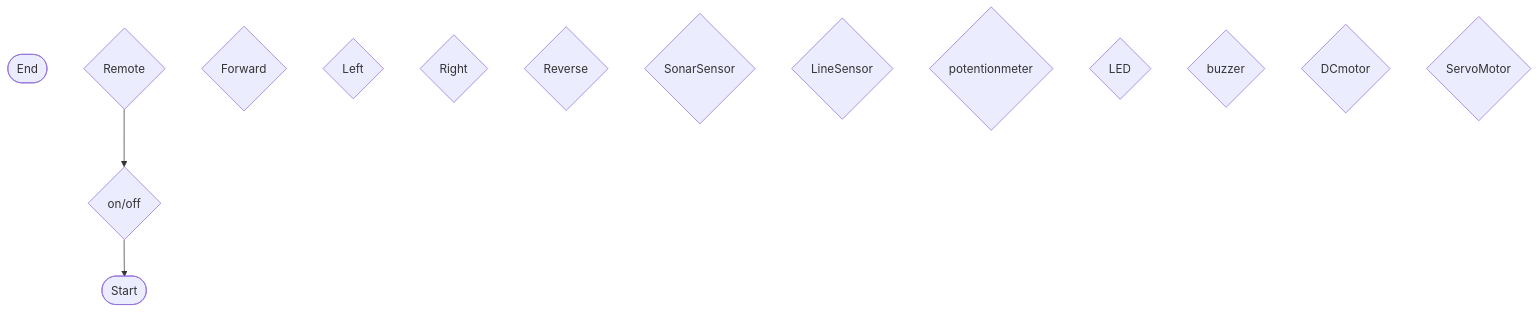
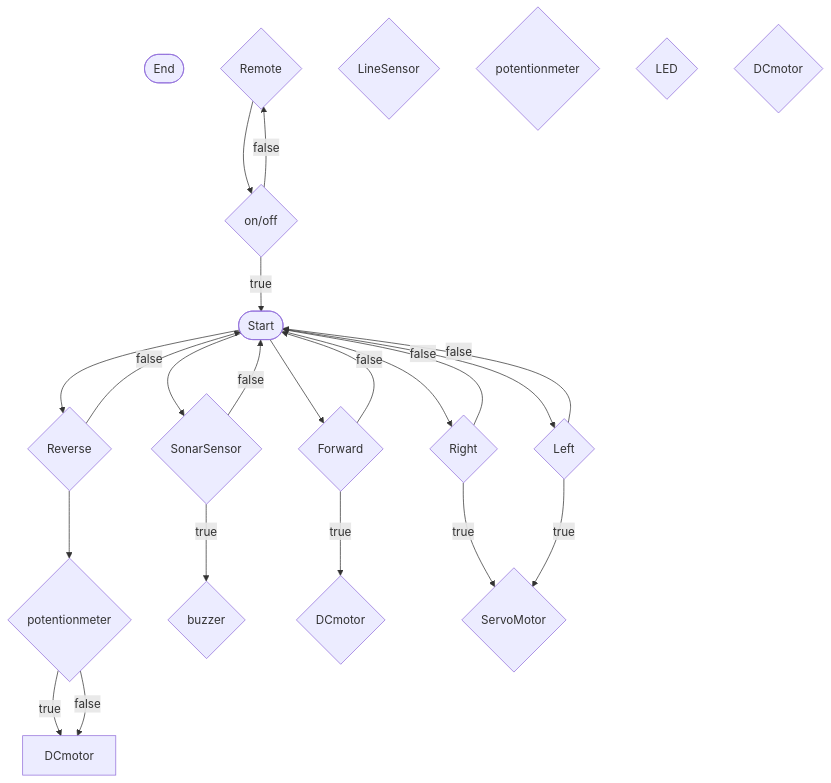
The second of 2 diagrams in logic.md (0717330/arduino-board-project), drawn with Mermaid before and after one commit. The commit also changed other lines of this file, not shown here.

````diff
--- a/logic.md
+++ b/logic.md
@@ -25,23 +25,48 @@
 ```mermaid
 flowchart TD
 terminalStart([Start])
 terminalEnd([End])
 
 Remote{Remote}
 ButtonUp{Forward}
 ButtonLeft{Left}
 ButtonRight{Right}
 ButtonDown{Reverse}
 ButtonMiddle{on/off}
 
 Sonar{SonarSensor}
 Line{LineSensor}
-Potentionmeter{potentionmeter}
+Potentionmeter1{potentionmeter}
+Potentionmeter2{potentionmeter}
 LED{LED}
 Buzzer{buzzer}
-DCmotor{DCmotor}
+DCmotor1{DCmotor}
+DCmotor2{DCmotor}
 ServoMotor{ServoMotor}
 
 Remote --> ButtonMiddle
-ButtonMiddle --> terminalStart
+ButtonMiddle --> |true|terminalStart
+ButtonMiddle --> |false|Remote
+
+terminalStart --> ButtonUp
+ButtonUp --> |false| terminalStart
+ButtonUp --> |true| DCmotor1
+
+terminalStart --> ButtonDown
+ButtonDown --> Potentionmeter1
+ButtonDown --> |false| terminalStart
+Potentionmeter1 --> |true| DCmotor
+Potentionmeter1 --> |false| DCmotor
+
+terminalStart --> ButtonRight
+ButtonRight --> |false| terminalStart
+ButtonRight --> |true| ServoMotor
+
+terminalStart --> ButtonLeft
+ButtonLeft --> |false| terminalStart
+ButtonLeft --> |true| ServoMotor
+
+terminalStart --> Sonar 
+Sonar --> |true| Buzzer
+Sonar --> |false| terminalStart
 ```
````
